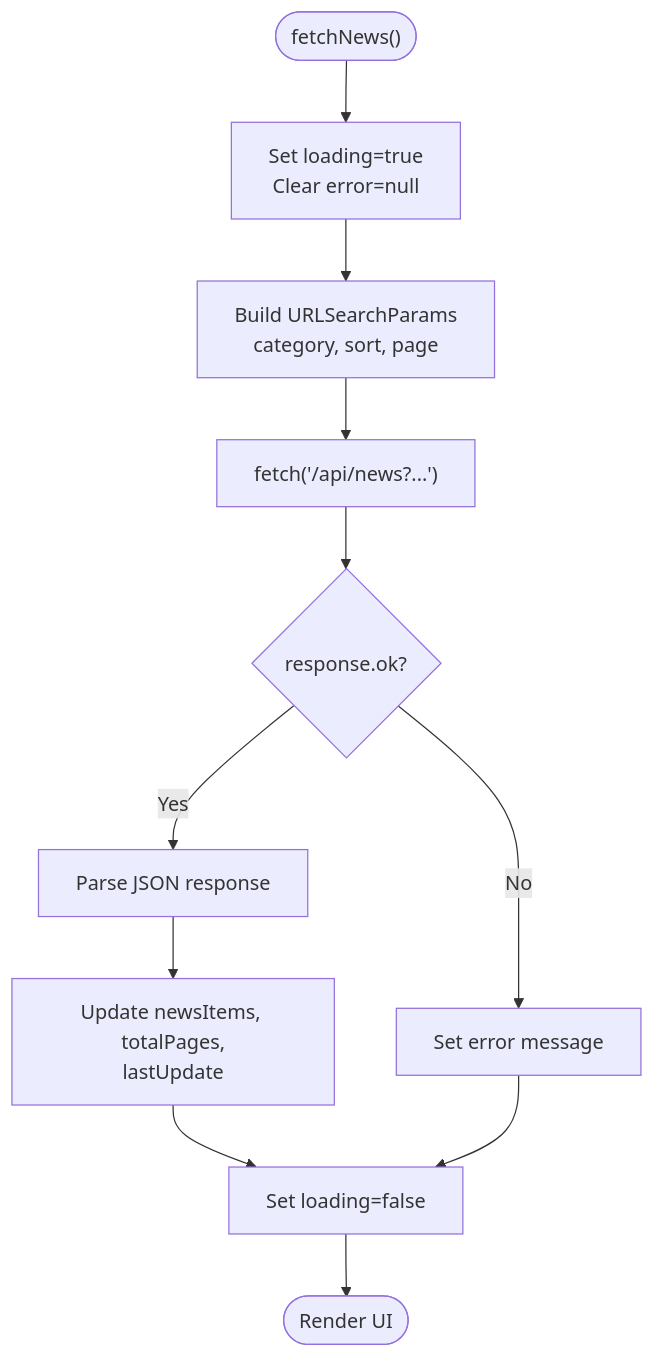
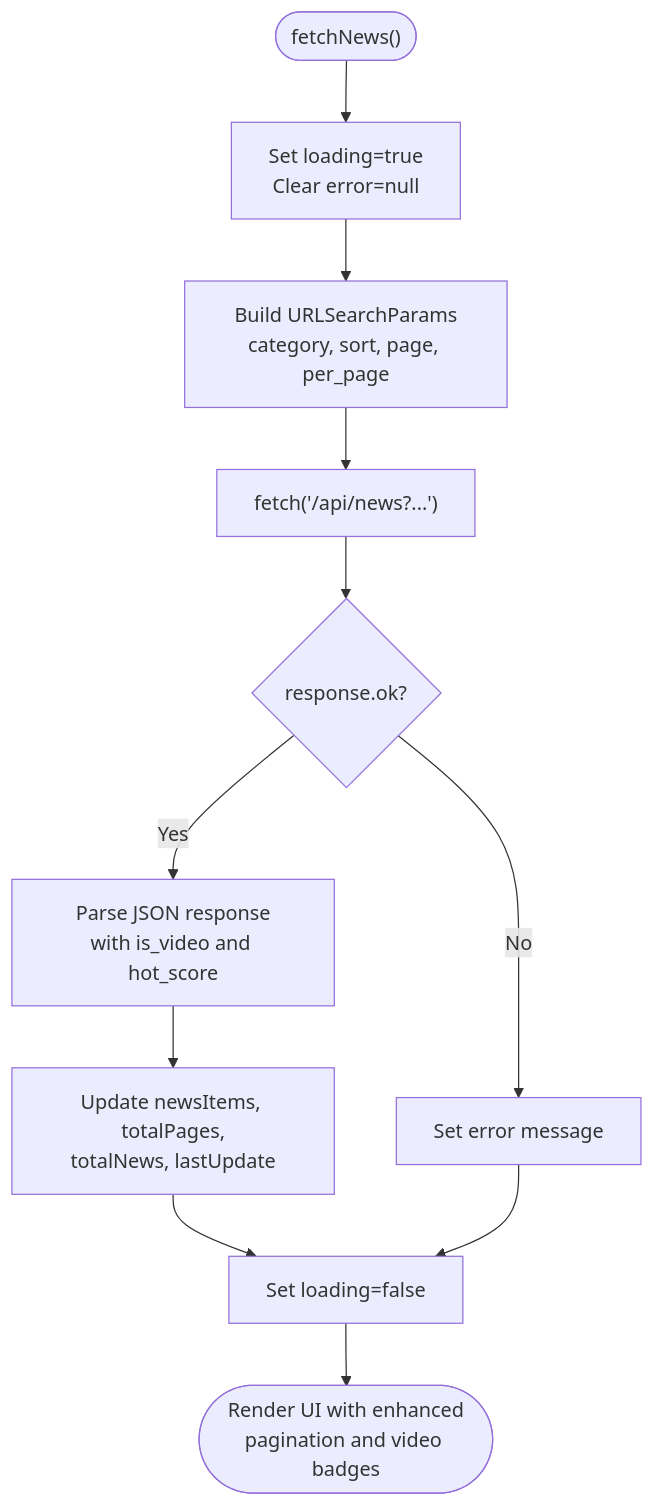
One commit to zbw-zbw/news-aggregator changed the third of 6 diagrams in .qoder/repowiki/en/content/Frontend Application/Frontend Application.md. Above: the diagram before and after it, drawn with Mermaid. The commit also changed other lines of this file and 9 other files, not shown here.

````diff
--- a/.qoder/repowiki/en/content/Frontend Application/Frontend Application.md
+++ b/.qoder/repowiki/en/content/Frontend Application/Frontend Application.md
@@ -146,13 +180,13 @@
 ```mermaid
 flowchart TD
 Start(["fetchNews()"]) --> SetLoading["Set loading=true<br/>Clear error=null"]
-SetLoading --> BuildParams["Build URLSearchParams<br/>category, sort, page"]
+SetLoading --> BuildParams["Build URLSearchParams<br/>category, sort, page, per_page"]
 BuildParams --> CallAPI["fetch('/api/news?...')"]
 CallAPI --> RespOK{"response.ok?"}
 RespOK --> |No| HandleErr["Set error message"]
-RespOK --> |Yes| ParseJSON["Parse JSON response"]
-ParseJSON --> UpdateState["Update newsItems, totalPages,<br/>lastUpdate"]
+RespOK --> |Yes| ParseJSON["Parse JSON response<br/>with is_video and hot_score"]
+ParseJSON --> UpdateState["Update newsItems, totalPages,<br/>totalNews, lastUpdate"]
 UpdateState --> ClearLoading["Set loading=false"]
 HandleErr --> ClearLoading
-ClearLoading --> End(["Render UI"])
+ClearLoading --> End(["Render UI with enhanced<br/>pagination and video badges"])
 ```
````
